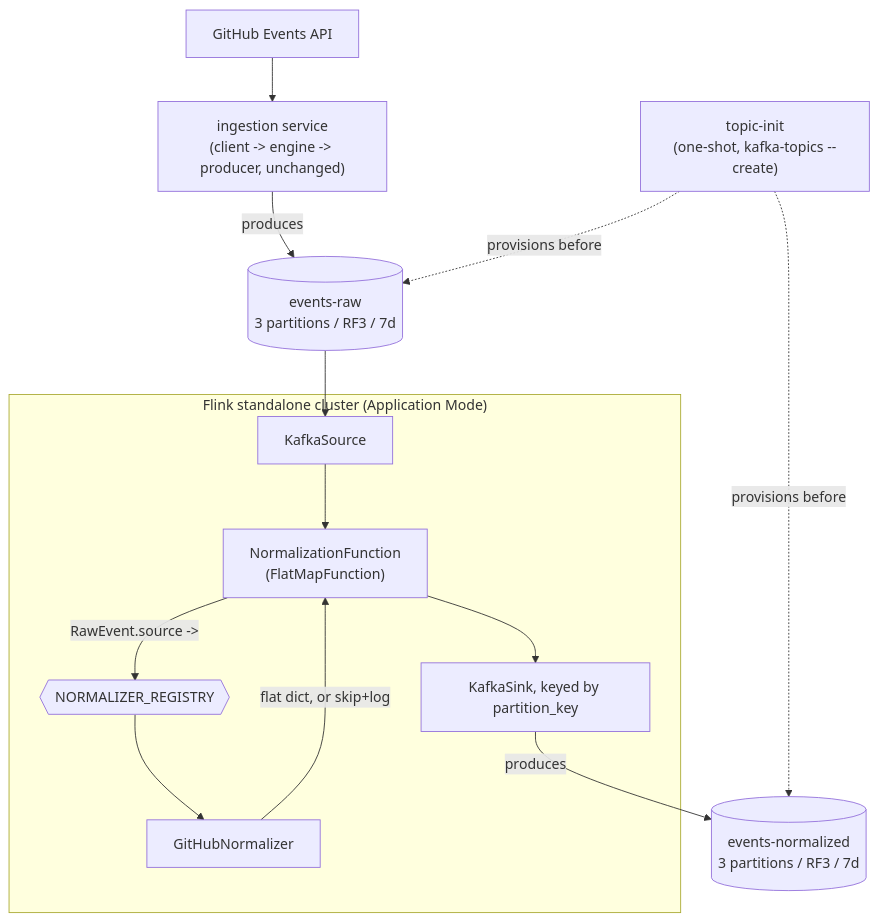
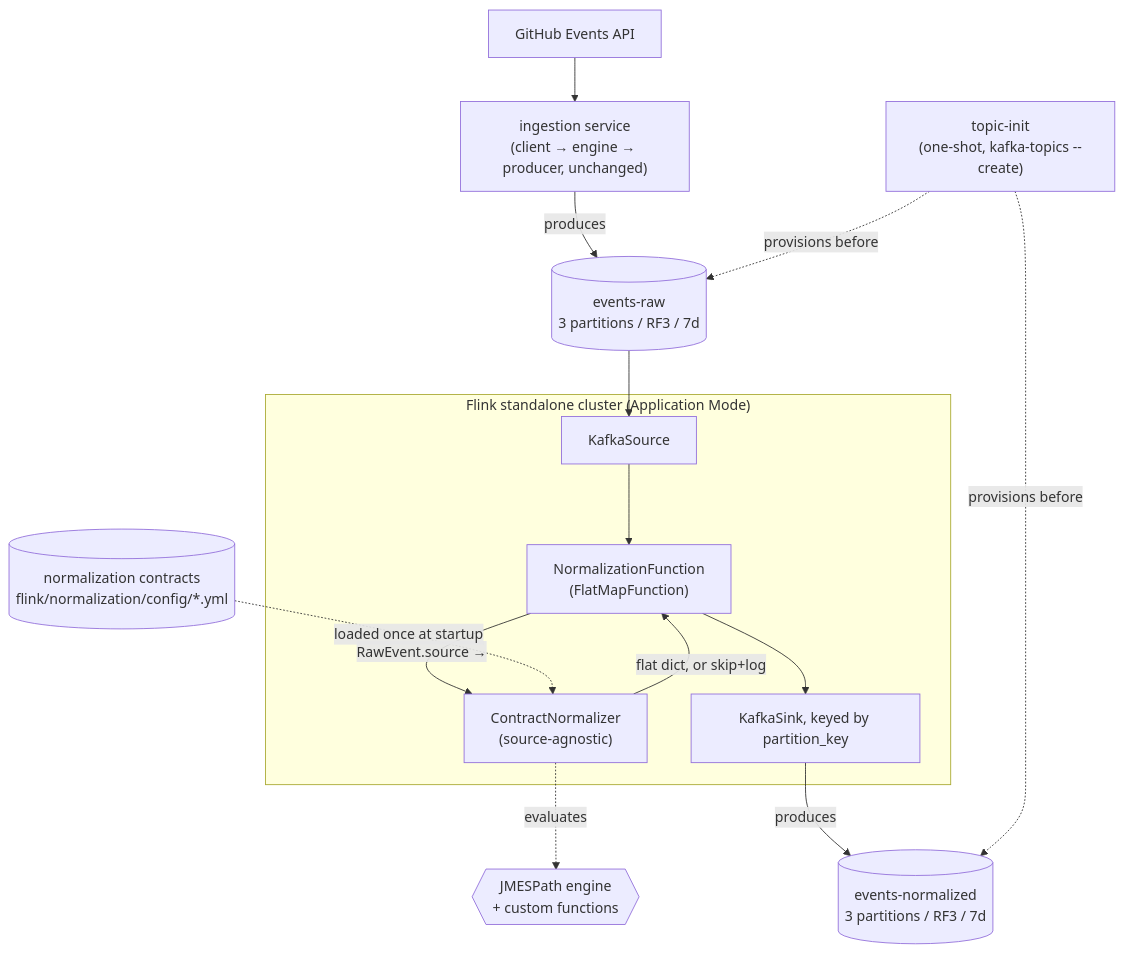
Before and after one commit to Matheus-Homem/streaming-project: the diagram in .specs/features/flink-normalization/design.md, drawn with Mermaid. The commit also changed other lines of this file and 6 other files, not shown here.

````diff
--- a/.specs/features/flink-normalization/design.md
+++ b/.specs/features/flink-normalization/design.md
@@ -15,19 +25,21 @@
 ```mermaid
 graph TD
-    GH[GitHub Events API] --> ING["ingestion service\n(client -> engine -> producer, unchanged)"]
-    ING -->|produces| RAW[("events-raw\n3 partitions / RF3 / 7d")]
+    GH[GitHub Events API] --> ING["ingestion service<br/>(client → engine → producer, unchanged)"]
+    ING -->|produces| RAW[("events-raw<br/>3 partitions / RF3 / 7d")]
 
     subgraph "Flink standalone cluster (Application Mode)"
-        KS[KafkaSource] --> NF["NormalizationFunction\n(FlatMapFunction)"]
-        NF -->|"RawEvent.source ->"| REG{{NORMALIZER_REGISTRY}}
-        REG --> GHN[GitHubNormalizer]
-        GHN -->|flat dict, or skip+log| NF
+        KS[KafkaSource] --> NF["NormalizationFunction<br/>(FlatMapFunction)"]
+        NF -->|"RawEvent.source →"| CN["ContractNormalizer<br/>(source-agnostic)"]
+        CN -->|flat dict, or skip+log| NF
         NF --> KSK[KafkaSink, keyed by partition_key]
     end
 
+    CTR[("normalization contracts<br/>flink/normalization/config/*.yml")] -.loaded once at startup.-> CN
+    CN -.evaluates.-> JP{{"JMESPath engine<br/>+ custom functions"}}
+
     RAW --> KS
-    KSK -->|produces| NORM[("events-normalized\n3 partitions / RF3 / 7d")]
+    KSK -->|produces| NORM[("events-normalized<br/>3 partitions / RF3 / 7d")]
 
-    TOPICINIT["topic-init\n(one-shot, kafka-topics --create)"] -.provisions before.-> RAW
+    TOPICINIT["topic-init<br/>(one-shot, kafka-topics --create)"] -.provisions before.-> RAW
     TOPICINIT -.provisions before.-> NORM
 ```
````
